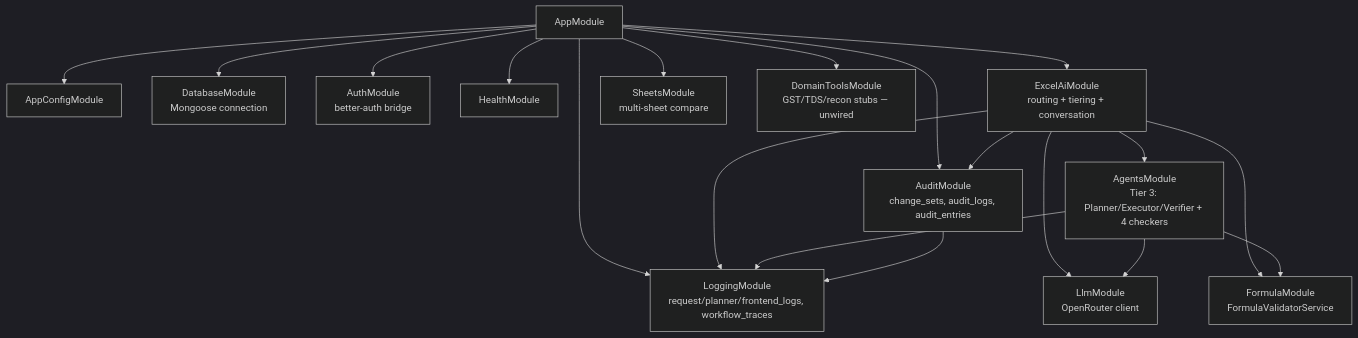
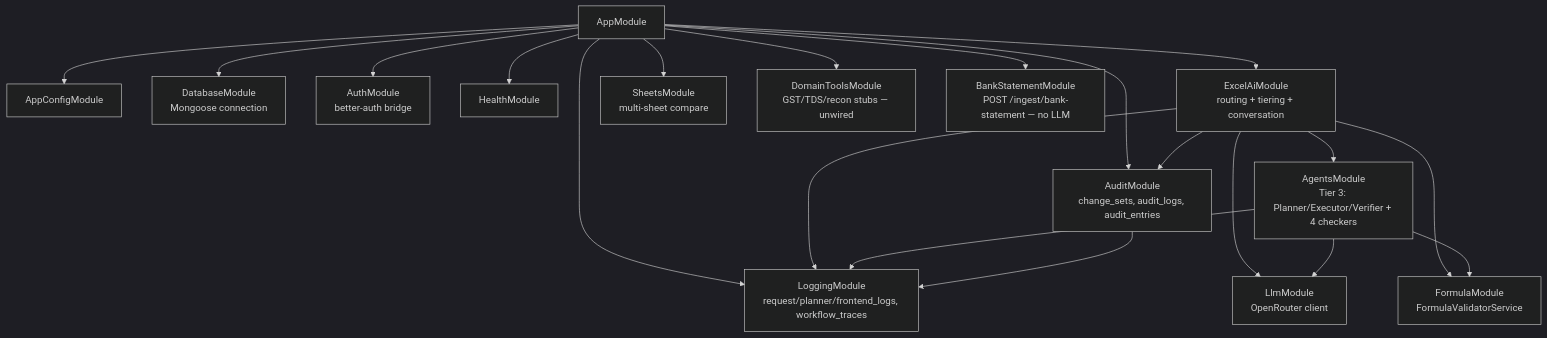
One commit to usecellix/Root changed the second of 3 diagrams in ARCHITECTURE.md. Above: the diagram before and after it, drawn with Mermaid (dark theme). The commit also changed other lines of this file and 7 other files, not shown here.

````diff
--- a/ARCHITECTURE.md
+++ b/ARCHITECTURE.md
@@ -68,24 +68,25 @@
 ```mermaid
 graph TD
     App[AppModule] --> Config[AppConfigModule]
     App --> DB[DatabaseModule<br/>Mongoose connection]
     App --> Logging[LoggingModule<br/>request/planner/frontend_logs, workflow_traces]
     App --> Auth[AuthModule<br/>better-auth bridge]
     App --> AuditM[AuditModule<br/>change_sets, audit_logs, audit_entries]
     App --> Health[HealthModule]
     App --> ExcelAi[ExcelAiModule<br/>routing + tiering + conversation]
     App --> Sheets[SheetsModule<br/>multi-sheet compare]
     App --> DomainTools[DomainToolsModule<br/>GST/TDS/recon stubs — unwired]
+    App --> BankStatement[BankStatementModule<br/>POST /ingest/bank-statement — no LLM]
 
     ExcelAi --> Agents[AgentsModule<br/>Tier 3: Planner/Executor/Verifier + 4 checkers]
     ExcelAi --> AuditM
     ExcelAi --> Logging
     ExcelAi --> Llm[LlmModule<br/>OpenRouter client]
     ExcelAi --> Formula[FormulaModule<br/>FormulaValidatorService]
 
     Agents --> Llm
     Agents --> Formula
     Agents --> Logging
 
     AuditM --> Logging
 ```
````
